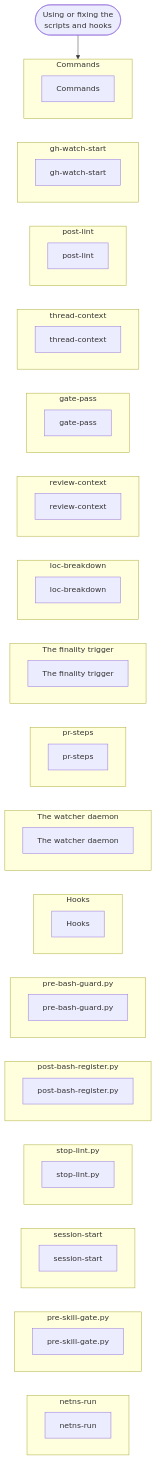
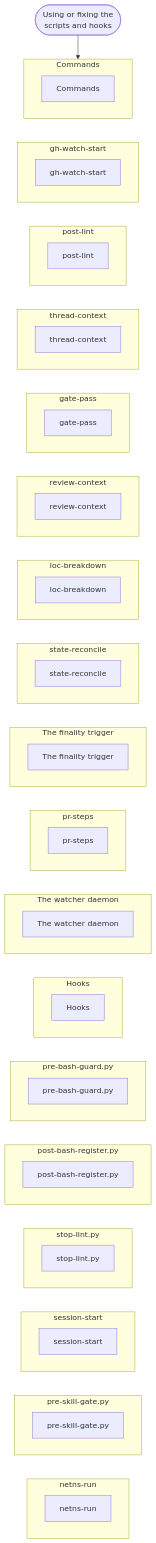
One commit to nitedani-agent/mergeworthy changed diagram 18 of 18 in docs/graphs.md. Above: the diagram before and after it, drawn with Mermaid. The commit also changed 10 other files, not shown here.

````diff
--- a/docs/graphs.md
+++ b/docs/graphs.md
@@ -508,72 +508,76 @@
 ```mermaid
 flowchart TB
   start(["Using or fixing the<br/>scripts and hooks"])
   subgraph g0["Commands"]
     s0["Commands"]
   end
   subgraph g1["gh-watch-start"]
     s1["gh-watch-start"]
   end
   subgraph g2["post-lint"]
     s2["post-lint"]
   end
   subgraph g3["thread-context"]
     s3["thread-context"]
   end
   subgraph g4["gate-pass"]
     s4["gate-pass"]
   end
   subgraph g5["review-context"]
     s5["review-context"]
   end
   subgraph g6["loc-breakdown"]
     s6["loc-breakdown"]
   end
-  subgraph g7["The finality trigger"]
-    s7["The finality trigger"]
+  subgraph g7["state-reconcile"]
+    s7["state-reconcile"]
   end
-  subgraph g8["pr-steps"]
-    s8["pr-steps"]
+  subgraph g8["The finality trigger"]
+    s8["The finality trigger"]
   end
-  subgraph g9["The watcher daemon"]
-    s9["The watcher daemon"]
+  subgraph g9["pr-steps"]
+    s9["pr-steps"]
   end
-  subgraph g10["Hooks"]
-    s10["Hooks"]
+  subgraph g10["The watcher daemon"]
+    s10["The watcher daemon"]
   end
-  subgraph g11["pre-bash-guard.py"]
-    s11["pre-bash-guard.py"]
+  subgraph g11["Hooks"]
+    s11["Hooks"]
   end
-  subgraph g12["post-bash-register.py"]
-    s12["post-bash-register.py"]
+  subgraph g12["pre-bash-guard.py"]
+    s12["pre-bash-guard.py"]
   end
-  subgraph g13["stop-lint.py"]
-    s13["stop-lint.py"]
+  subgraph g13["post-bash-register.py"]
+    s13["post-bash-register.py"]
   end
-  subgraph g14["session-start"]
-    s14["session-start"]
+  subgraph g14["stop-lint.py"]
+    s14["stop-lint.py"]
   end
-  subgraph g15["pre-skill-gate.py"]
-    s15["pre-skill-gate.py"]
+  subgraph g15["session-start"]
+    s15["session-start"]
   end
-  subgraph g16["netns-run"]
-    s16["netns-run"]
+  subgraph g16["pre-skill-gate.py"]
+    s16["pre-skill-gate.py"]
+  end
+  subgraph g17["netns-run"]
+    s17["netns-run"]
   end
   start --> g0
   g0 ~~~ g1
   g1 ~~~ g2
   g2 ~~~ g3
   g3 ~~~ g4
   g4 ~~~ g5
   g5 ~~~ g6
   g6 ~~~ g7
   g7 ~~~ g8
   g8 ~~~ g9
   g9 ~~~ g10
   g10 ~~~ g11
   g11 ~~~ g12
   g12 ~~~ g13
   g13 ~~~ g14
   g14 ~~~ g15
   g15 ~~~ g16
+  g16 ~~~ g17
 ```
````
